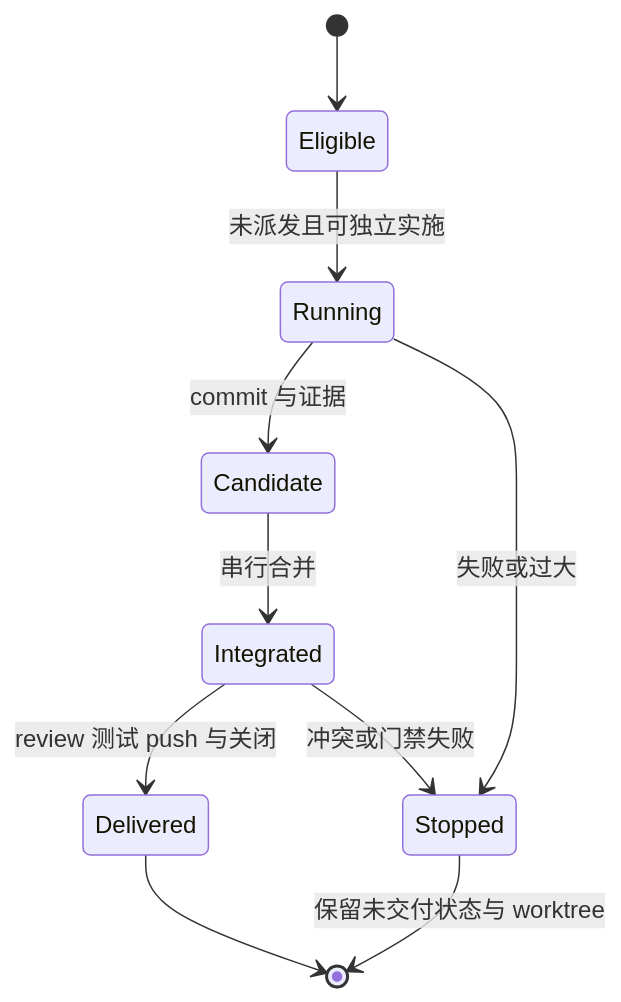
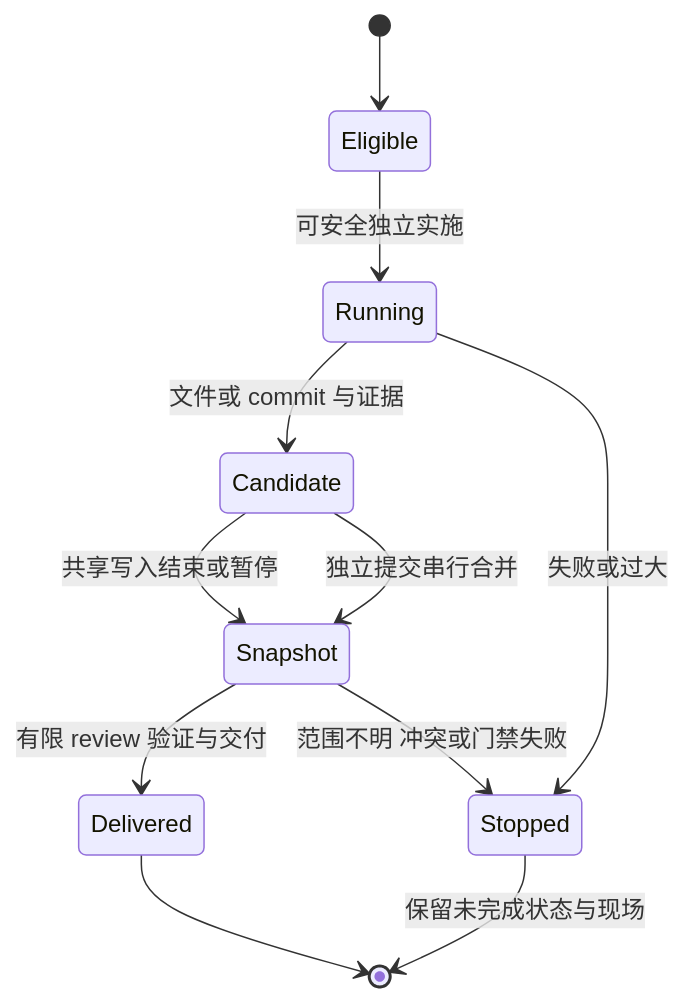
Before and after one commit to liu-qingyuan/skills-sync-lqy: the sixth of 8 diagrams in docs/architecture/spec-implementation.md, drawn with Mermaid. The commit also changed other lines of this file and 17 other files, not shown here.

````diff
--- a/docs/architecture/spec-implementation.md
+++ b/docs/architecture/spec-implementation.md
@@ -69,12 +79,13 @@
 ```mermaid
 stateDiagram-v2
     [*] --> Eligible
-    Eligible --> Running: 未派发且可独立实施
-    Running --> Candidate: commit 与证据
-    Candidate --> Integrated: 串行合并
-    Integrated --> Delivered: review 测试 push 与关闭
+    Eligible --> Running: 可安全独立实施
+    Running --> Candidate: 文件或 commit 与证据
+    Candidate --> Snapshot: 共享写入结束或暂停
+    Candidate --> Snapshot: 独立提交串行合并
+    Snapshot --> Delivered: 有限 review 验证与交付
+    Snapshot --> Stopped: 范围不明 冲突或门禁失败
     Running --> Stopped: 失败或过大
-    Integrated --> Stopped: 冲突或门禁失败
     Delivered --> [*]
-    Stopped --> [*]: 保留未交付状态与 worktree
+    Stopped --> [*]: 保留未完成状态与现场
 ```
````
